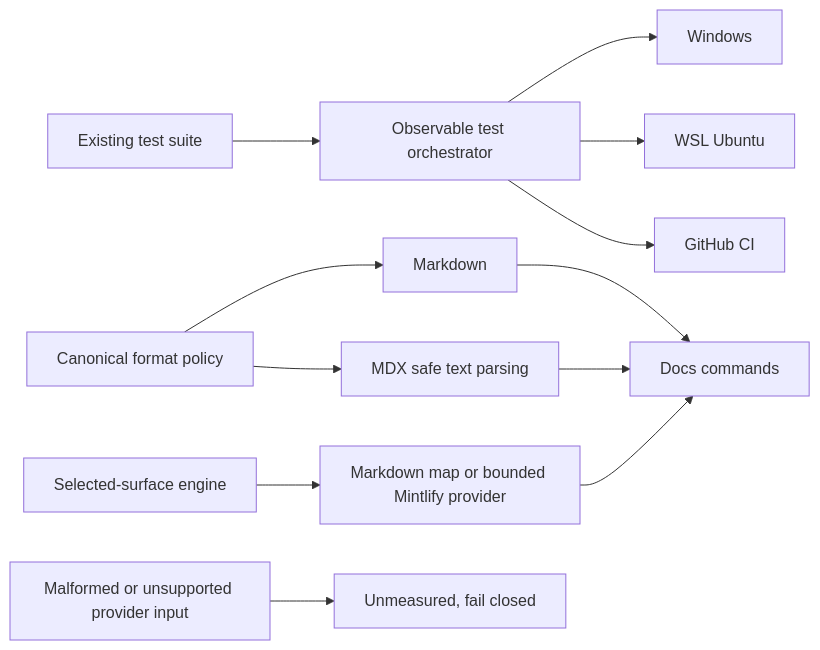
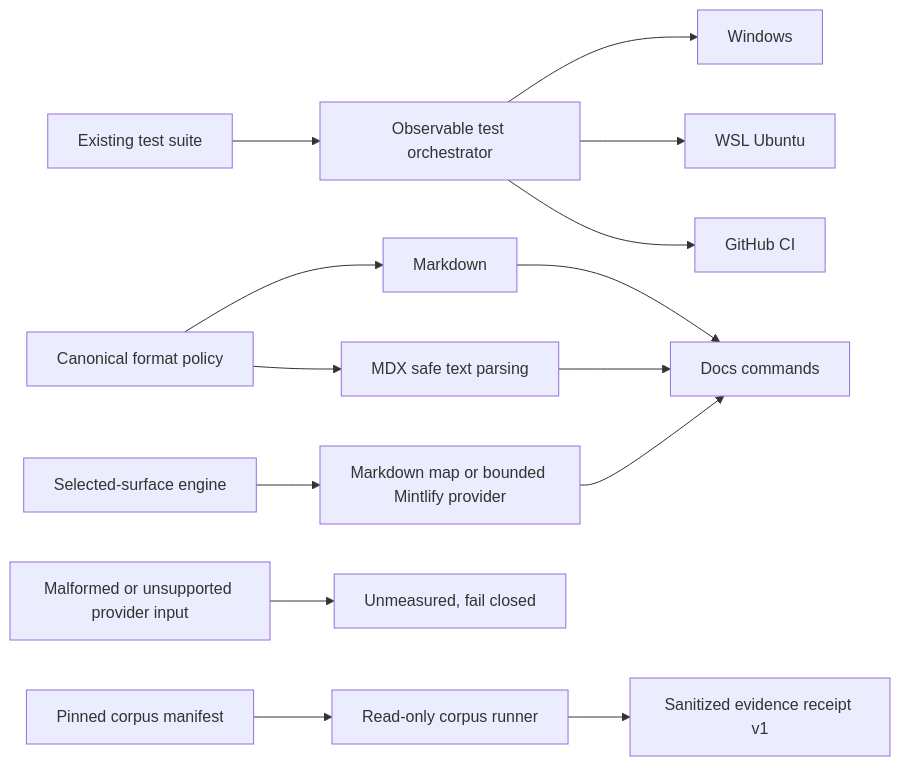
Before and after one commit to Statusnone420/Skills: the diagram in TESTING.md, drawn with Mermaid. The commit also changed other lines of this file and 50 other files, not shown here.

````diff
--- a/TESTING.md
+++ b/TESTING.md
@@ -5,14 +5,16 @@
 ```mermaid
 flowchart LR
     A["Existing test suite"] --> B["Observable test orchestrator"]
     B --> C["Windows"]
     B --> D["WSL Ubuntu"]
     B --> E["GitHub CI"]
     F["Canonical format policy"] --> G["Markdown"]
     F --> H["MDX safe text parsing"]
     G --> I["Docs commands"]
     H --> I
     J["Selected-surface engine"] --> K["Markdown map or bounded Mintlify provider"]
     K --> I
     L["Malformed or unsupported provider input"] --> M["Unmeasured, fail closed"]
+    N["Pinned corpus manifest"] --> O["Read-only corpus runner"]
+    O --> P["Sanitized evidence receipt v1"]
 ```
````
